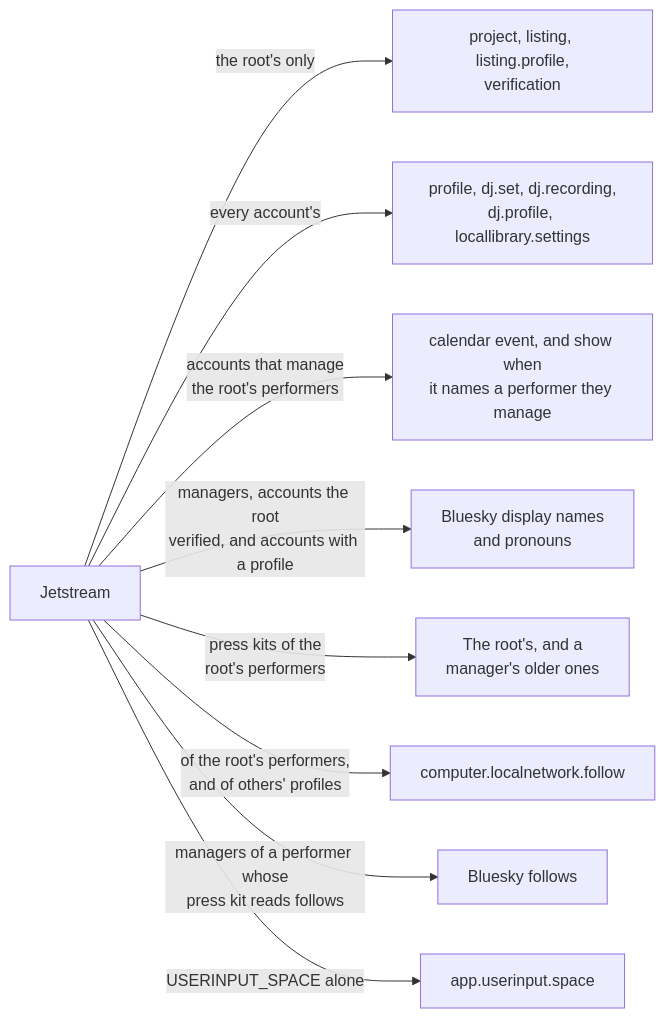
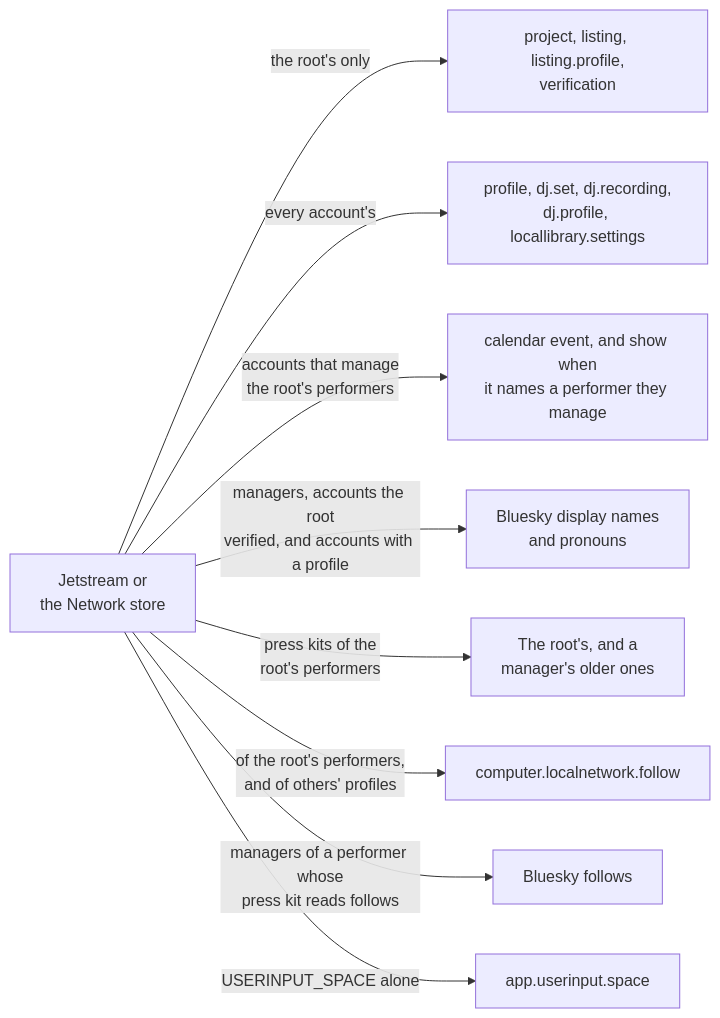
One commit to cutenode/localnetwork changed the sixth of 7 diagrams in apps/web/docs/diagrams/jobs-and-directory.md. Above: the diagram before and after it, drawn with Mermaid. The commit also changed other lines of this file and 94 other files, not shown here.

````diff
--- a/apps/web/docs/diagrams/jobs-and-directory.md
+++ b/apps/web/docs/diagrams/jobs-and-directory.md
@@ -122,12 +122,12 @@
 ```mermaid
 flowchart LR
-  Jet["Jetstream"]
+  Jet["Jetstream or<br/>the Network store"]
   Jet -- "the root's only" --> Root["project, listing, listing.profile,<br/>verification"]
   Jet -- "every account's" --> All["profile, dj.set, dj.recording,<br/>dj.profile, locallibrary.settings"]
   Jet -- "accounts that manage<br/>the root's performers" --> Managers["calendar event, and show when<br/>it names a performer they manage"]
   Jet -- "managers, accounts the root<br/>verified, and accounts with a profile" --> Names["Bluesky display names<br/>and pronouns"]
   Jet -- "press kits of the<br/>root's performers" --> Kits["The root's, and a<br/>manager's older ones"]
   Jet -- "of the root's performers,<br/>and of others' profiles" --> Follows["computer.localnetwork.follow"]
   Jet -- "managers of a performer whose<br/>press kit reads follows" --> Bsky["Bluesky follows"]
   Jet -- "USERINPUT_SPACE alone" --> Input["app.userinput.space"]
 ```
````
